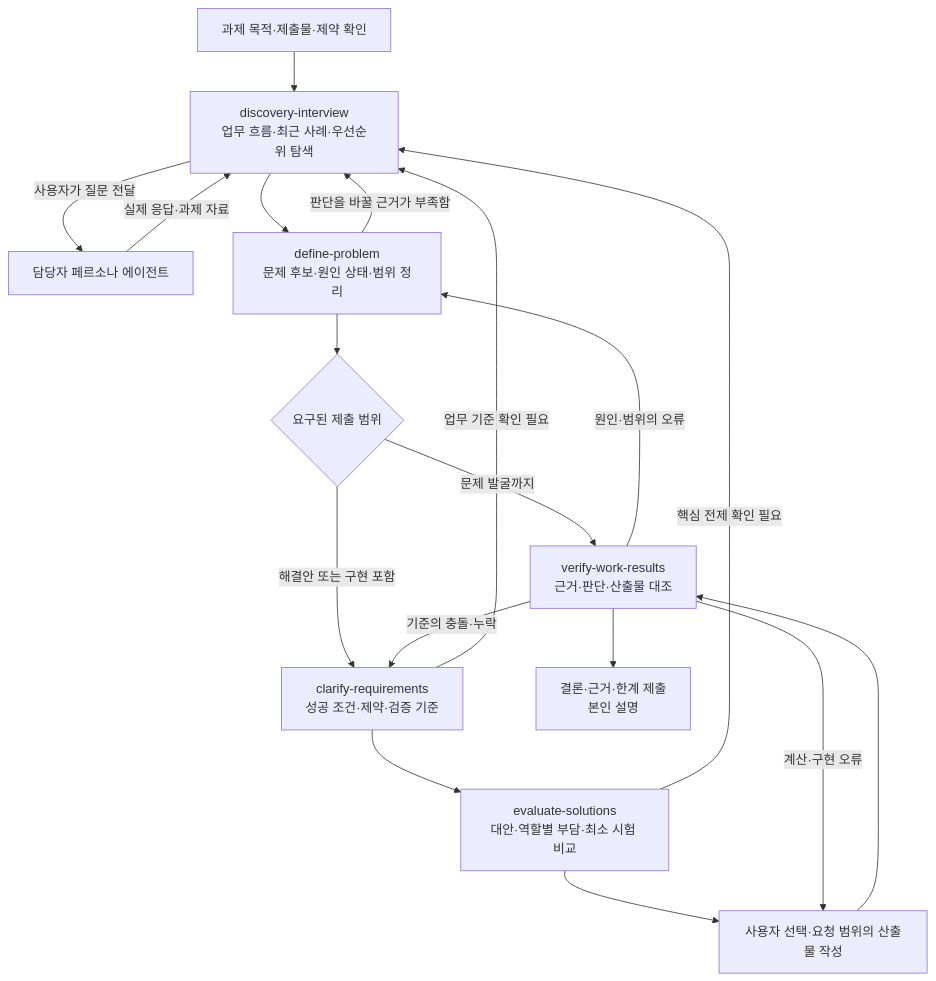
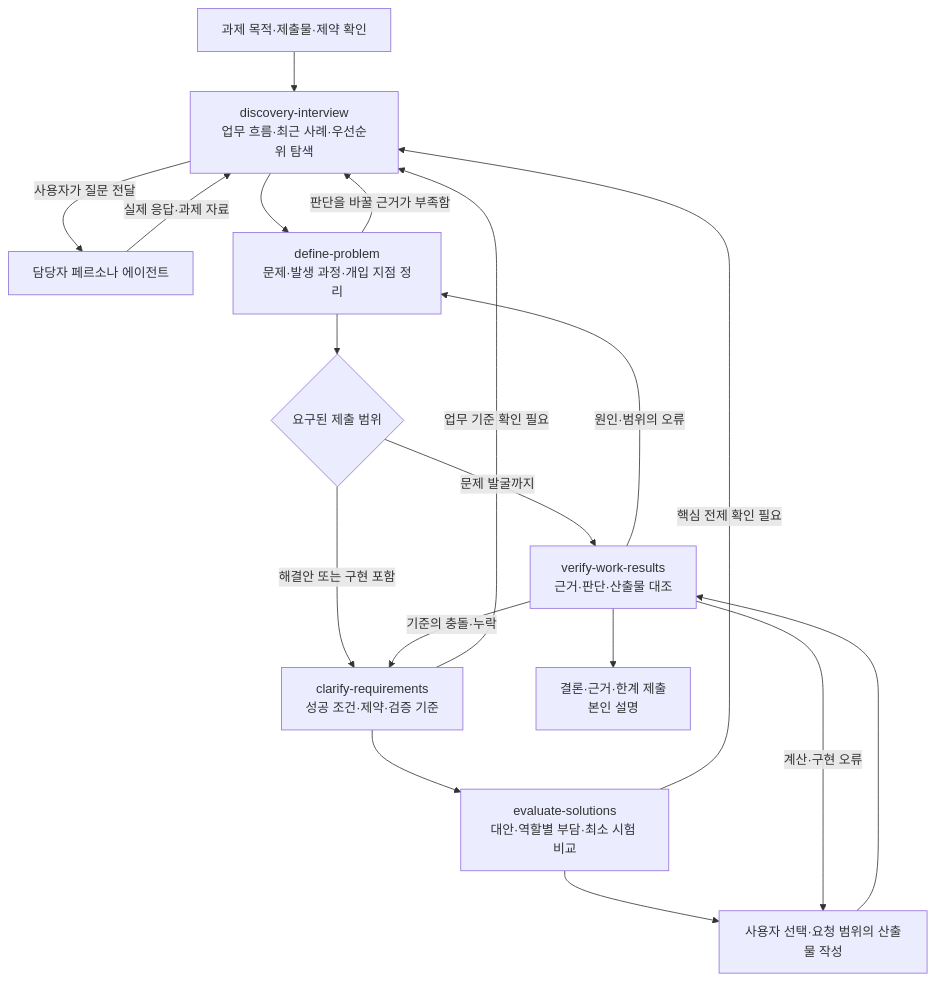
Before and after one commit to Hayden-J/product-skill-trees: the diagram in docs/skill-map.md, drawn with Mermaid. The commit also changed other lines of this file and 20 other files, not shown here.

````diff
--- a/docs/skill-map.md
+++ b/docs/skill-map.md
@@ -9,20 +13,20 @@
 ```mermaid
 flowchart TD
     A[과제 목적·제출물·제약 확인] --> I[discovery-interview<br/>업무 흐름·최근 사례·우선순위 탐색]
     P[담당자 페르소나 에이전트] -->|실제 응답·과제 자료| I
     I -->|사용자가 질문 전달| P
-    I --> D[define-problem<br/>문제 후보·원인 상태·범위 정리]
+    I --> D[define-problem<br/>문제·발생 과정·개입 지점 정리]
     D -->|판단을 바꿀 근거가 부족함| I
     D --> G{요구된 제출 범위}
     G -->|문제 발굴까지| V[verify-work-results<br/>근거·판단·산출물 대조]
     G -->|해결안 또는 구현 포함| R[clarify-requirements<br/>성공 조건·제약·검증 기준]
     R -->|업무 기준 확인 필요| I
     R --> E[evaluate-solutions<br/>대안·역할별 부담·최소 시험 비교]
     E -->|핵심 전제 확인 필요| I
     E --> C[사용자 선택·요청 범위의 산출물 작성]
     C --> V
     V -->|원인·범위의 오류| D
     V -->|기준의 충돌·누락| R
     V -->|계산·구현 오류| C
     V --> F[결론·근거·한계 제출<br/>본인 설명]
 ```
````
